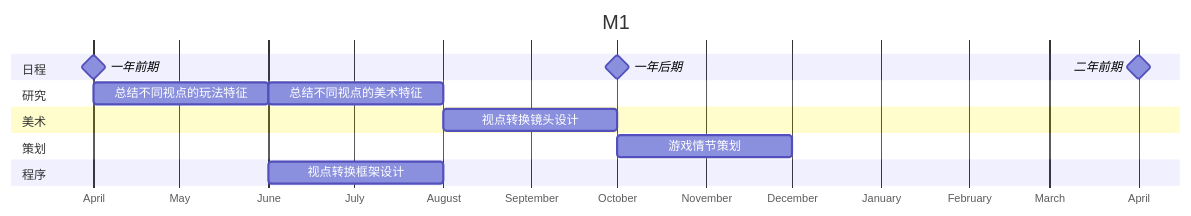
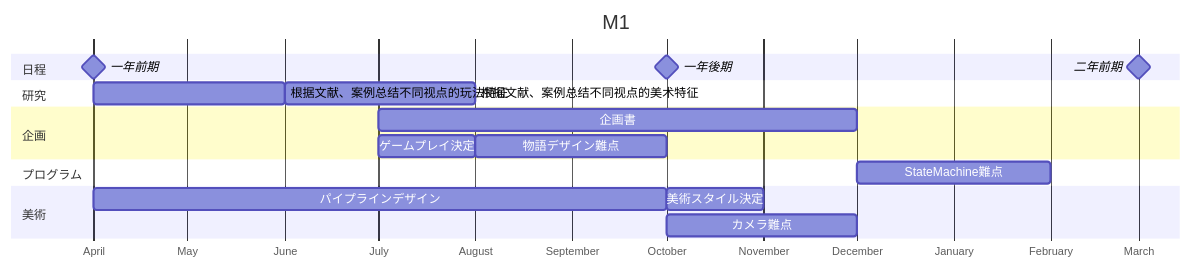
The second of 3 diagrams in src/site/notes/900.Publish/デジタルゲームにおける「視覚空間」デザイン研究：＜多视点＞の表現技法を中心に.md (Kairitsuhou/digitalgarden), drawn with Mermaid before and after one commit. The commit also changed other lines of this file, not shown here.

````diff
--- a/src/site/notes/900.Publish/デジタルゲームにおける「視覚空間」デザイン研究：＜多视点＞の表現技法を中心に.md
+++ b/src/site/notes/900.Publish/デジタルゲームにおける「視覚空間」デザイン研究：＜多视点＞の表現技法を中心に.md
@@ -102,27 +102,31 @@
 ```mermaid
 ---
 displayMode: compact 
 ---
 gantt
 	title M1
     dateFormat YYYY-MM
     axisFormat %B
 	
 	section 日程
 	一年前期:milestone,2025-04,0d
-	一年后期:milestone,2025-10,0d
-	二年前期:milestone,2026-04,0d
+	一年後期:milestone,2025-10,0d
+	二年前期:milestone,2026-03,0d
 	
 	section 研究
-	总结不同视点的玩法特征:k1,2025-04,2M
-	总结不同视点的美术特征:k2,after k1,2M
+	根据文献、案例总结不同视点的玩法特征:k1,2025-04,2M
+	根据文献、案例总结不同视点的美术特征:k2,after k1,2M
 	
-	section 美术
-	视点转换镜头设计:after k2,2M
+	section 企画
+	企画書:s1,2025-07,5M
+	ゲームプレイ決定:s2,2025-07,1M
+	物語デザイン難点:s3,after s2,2M
 	
-	section 策划
-	游戏情节策划:2025-010,2M
+	section プログラム
+	StateMachine難点:s4,2025-12,2M
 	
-	section 程序
-	视点转换框架设计:after k1,2M
+	section 美術
+	パイプラインデザイン:s5,2025-04,6M
+	美術スタイル決定:s6,2025-10,1M
+	カメラ難点:s7,after s3,2M
 ```
````
